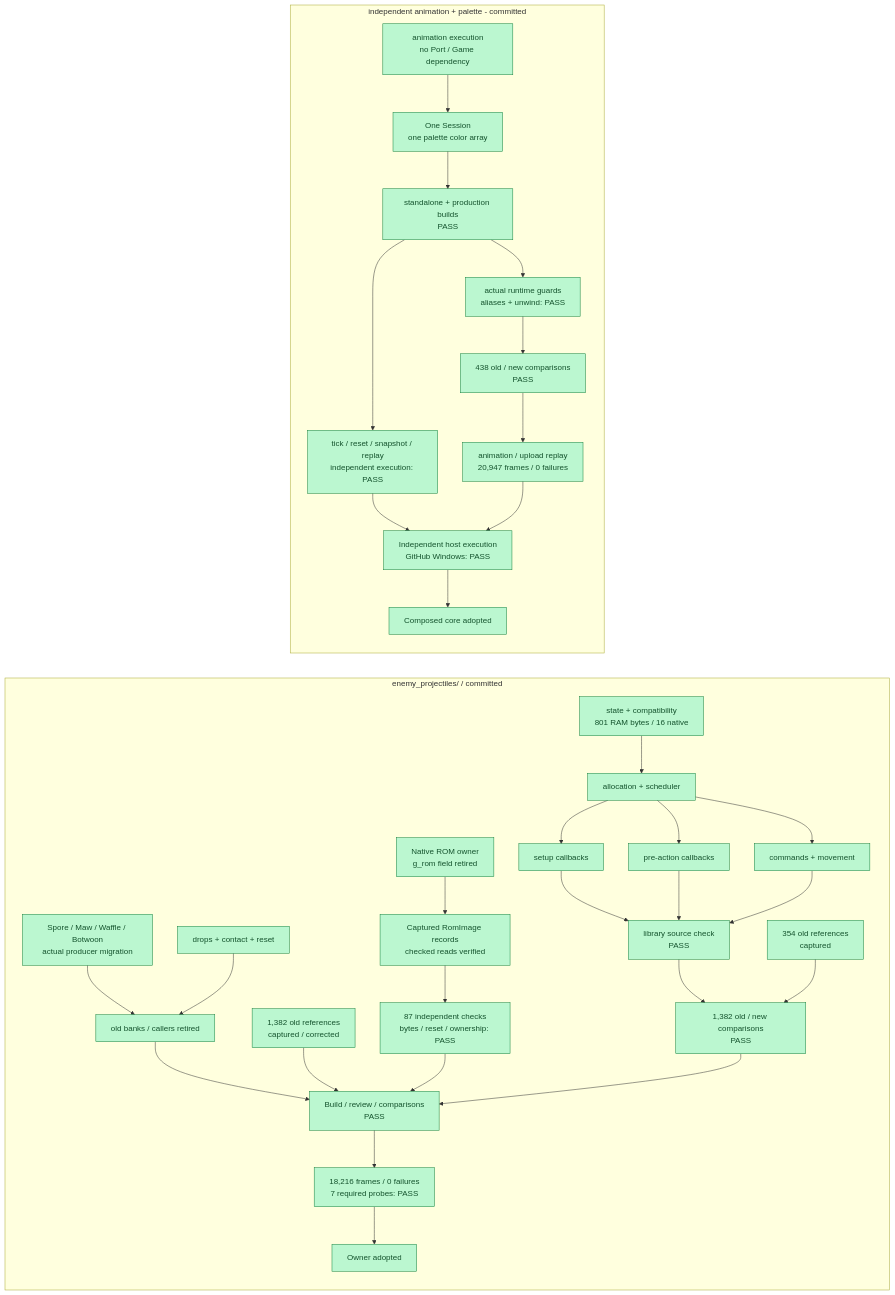
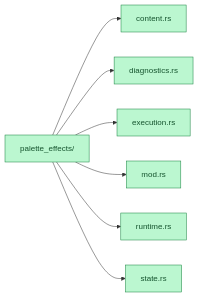
One commit to JimLundin/sm-decomp changed the fifth of 8 diagrams in PROGRESS.md. Above: the diagram before and after it, drawn with Mermaid. The commit also changed other lines of this file and 1 other file, not shown here.

Commit message:
Show file-level migration graphs and failed CI; report links and counters checked

````diff
--- a/PROGRESS.md
+++ b/PROGRESS.md
@@ -80,42 +155,16 @@
 ```mermaid
 flowchart LR
-    subgraph enemy["enemy_projectiles/ / committed"]
-        direction TB
-        ES["state + compatibility<br/>801 RAM bytes / 16 native"]:::done --> EL["allocation + scheduler"]:::done
-        EL --> SETUP["setup callbacks"]:::done
-        EL --> PRE["pre-action callbacks"]:::done
-        EL --> CMD["commands + movement"]:::done
-        SETUP --> EC["library source check<br/>PASS"]:::done
-        PRE --> EC
-        CMD --> EC
-        ATT["Spore / Maw / Waffle / Botwoon<br/>actual producer migration"]:::done --> CALL["old banks / callers retired"]:::done
-        DROP["drops + contact + reset"]:::done --> CALL
-        CALL --> FULL["Build / review / comparisons<br/>PASS"]:::done
-        EC --> CORE["1,382 old / new comparisons<br/>PASS"]:::done
-        OLD["354 old references<br/>captured"]:::done --> CORE
-        MORE["1,382 old references<br/>captured / corrected"]:::done --> FULL
-        ROM["Native ROM owner<br/>g_rom field retired"]:::done --> RECORD["Captured RomImage records<br/>checked reads verified"]:::done
-        RECORD --> QUAL["87 independent checks<br/>bytes / reset / ownership: PASS"]:::done
-        QUAL --> FULL
-        CORE --> FULL
-        FULL --> EMOVIE["18,216 frames / 0 failures<br/>7 required probes: PASS"]:::done
-        EMOVIE --> ECOMMIT["Owner adopted"]:::done
-    end
-    subgraph composition["independent animation + palette - committed"]
-        direction TB
-        HOST["animation execution<br/>no Port / Game dependency"]:::done --> ONE["One Session<br/>one palette color array"]:::done
-        ONE --> BUILD["standalone + production builds<br/>PASS"]:::done
-        BUILD --> GUARD["actual runtime guards<br/>aliases + unwind: PASS"]:::done
-        GUARD --> REF["438 old / new comparisons<br/>PASS"]:::done
-        REF --> MOVIE["animation / upload replay<br/>20,947 frames / 0 failures"]:::done
-        BUILD --> REPLAY["tick / reset / snapshot / replay<br/>independent execution: PASS"]:::done
-        REPLAY --> CI["Independent host execution<br/>GitHub Windows: PASS"]:::done
-        MOVIE --> CI
-        CI --> CCOMMIT["Composed core adopted"]:::done
-    end
+    ROOT["palette_effects/"]:::done
+    ROOT --> f0["content.rs"]:::done
+    ROOT --> f1["diagnostics.rs"]:::done
+    ROOT --> f2["execution.rs"]:::done
+    ROOT --> f3["mod.rs"]:::done
+    ROOT --> f4["runtime.rs"]:::done
+    ROOT --> f5["state.rs"]:::done
     classDef done fill:#bbf7d0,stroke:#15803d,color:#14532d
     classDef checked fill:#bfdbfe,stroke:#2563eb,color:#1e3a8a
     classDef active fill:#fed7aa,stroke:#ea580c,color:#7c2d12
     classDef pending fill:#f1f5f9,stroke:#94a3b8,color:#475569,stroke-dasharray:5 5
+    classDef failed fill:#fecaca,stroke:#dc2626,color:#7f1d1d
     classDef changed stroke:#a21caf,stroke-width:5px
 ```
````
